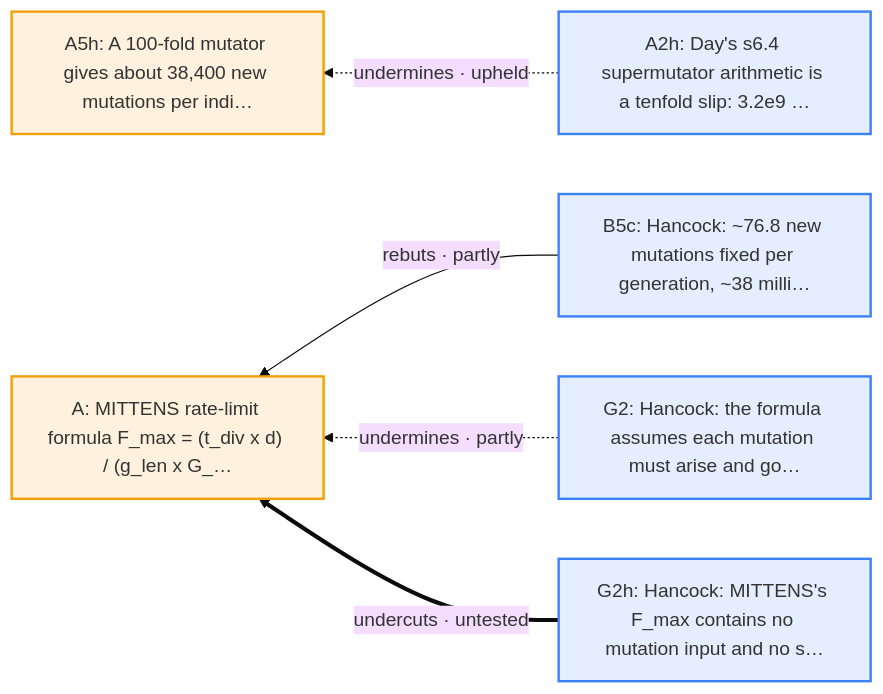
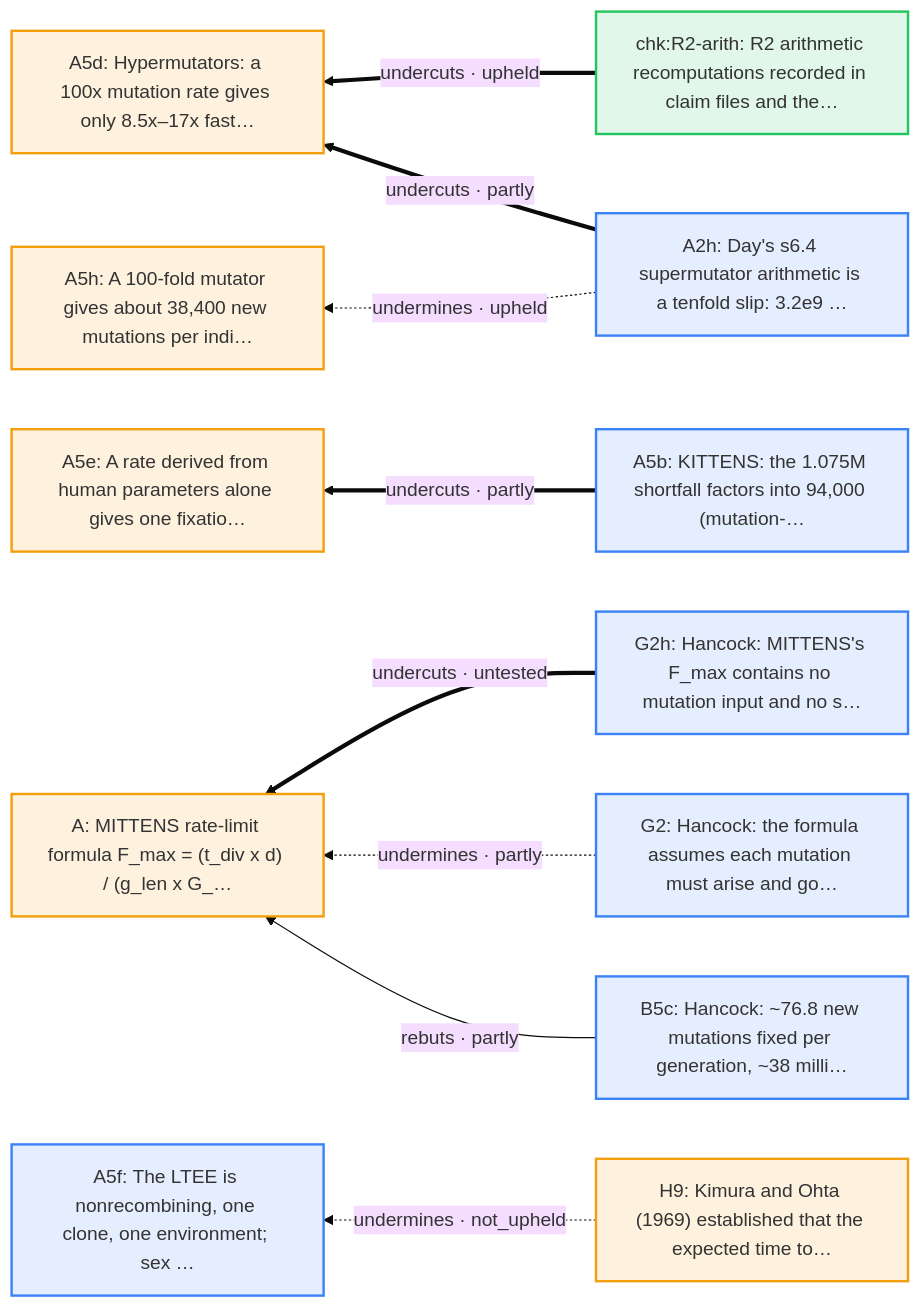
Before and after one commit to nickallevato/evo-sim: the third of 20 diagrams in docs/arguments/defeaters.md, drawn with Mermaid (base theme). The commit also changed other lines of this file and 37 other files, not shown here.

````diff
--- a/docs/arguments/defeaters.md
+++ b/docs/arguments/defeaters.md
@@ -148,18 +147,28 @@
 ```mermaid
 flowchart RL
   classDef day fill:#f59e0b22,stroke:#f59e0b,stroke-width:2px
   classDef ally fill:#d9770622,stroke:#d97706,stroke-width:2px
   classDef critic fill:#3b82f622,stroke:#3b82f6,stroke-width:2px
   classDef literature fill:#a3a3a322,stroke:#a3a3a3,stroke-width:2px
   classDef audit fill:#22c55e22,stroke:#22c55e,stroke-width:2px
   A["A: MITTENS rate-limit formula F_max = (t_div x d) / (g_len x G_…"]:::day
   A2h["A2h: Day's s6.4 supermutator arithmetic is a tenfold slip: 3.2e9 …"]:::critic
+  A5b["A5b: KITTENS: the 1.075M shortfall factors into 94,000 (mutation-…"]:::critic
+  A5d["A5d: Hypermutators: a 100x mutation rate gives only 8.5x–17x fast…"]:::day
+  A5e["A5e: A rate derived from human parameters alone gives one fixatio…"]:::day
+  A5f["A5f: The LTEE is nonrecombining, one clone, one environment; sex …"]:::critic
   A5h["A5h: A 100-fold mutator gives about 38,400 new mutations per indi…"]:::day
   B5c["B5c: Hancock: ~76.8 new mutations fixed per generation, ~38 milli…"]:::critic
   G2["G2: Hancock: the formula assumes each mutation must arise and go…"]:::critic
   G2h["G2h: Hancock: MITTENS's F_max contains no mutation input and no s…"]:::critic
+  H9["H9: Kimura and Ohta (1969) established that the expected time to…"]:::day
+  chk_R2_arith["chk:R2-arith: R2 arithmetic recomputations recorded in claim files and the…"]:::audit
+  A2h ==>|"undercuts · partly"| A5d
+  chk_R2_arith ==>|"undercuts · upheld"| A5d
+  A5b ==>|"undercuts · partly"| A5e
+  H9 -.->|"undermines · not_upheld"| A5f
   A2h -.->|"undermines · upheld"| A5h
   B5c -->|"rebuts · partly"| A
   G2 -.->|"undermines · partly"| A
   G2h ==>|"undercuts · untested"| A
 ```
````
